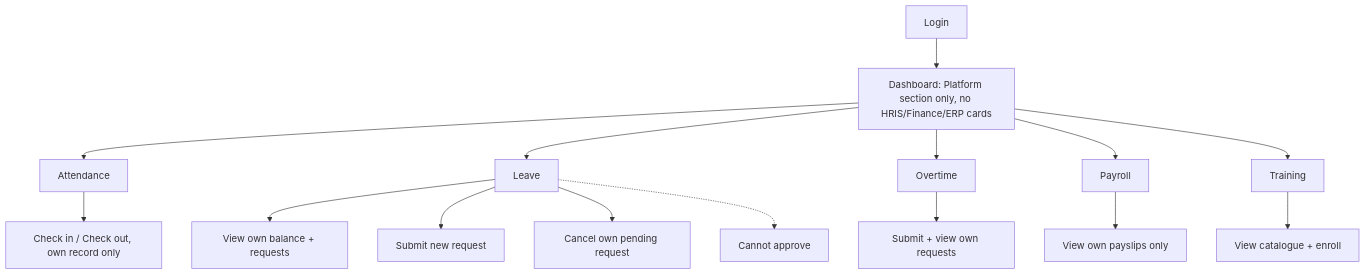
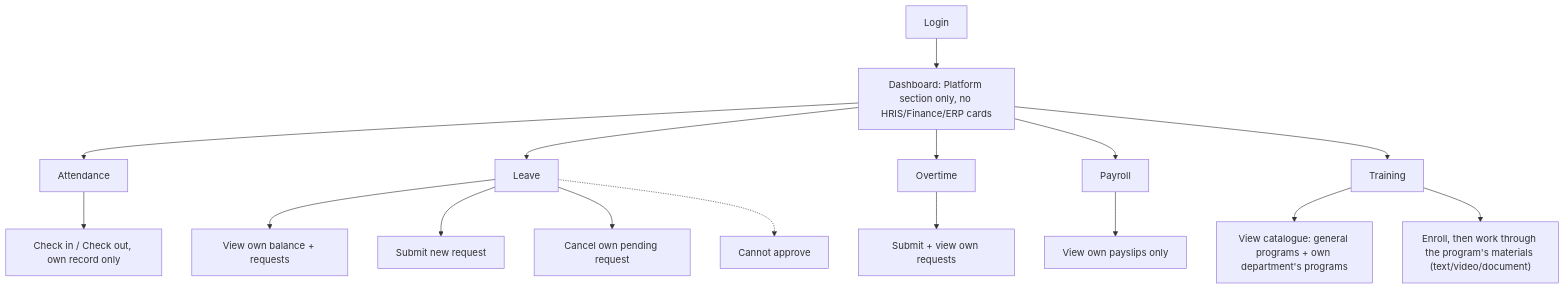
Before and after one commit to NanaBanana14/management-enterprise: the ninth of 9 diagrams in docs/roles-and-permissions.md, drawn with Mermaid. The commit also changed other lines of this file and 4 other files, not shown here.

````diff
--- a/docs/roles-and-permissions.md
+++ b/docs/roles-and-permissions.md
@@ -252,17 +279,18 @@
 ```mermaid
 flowchart TD
     A[Login] --> B[Dashboard: Platform section only, no HRIS/Finance/ERP cards]
     B --> C[Attendance]
     C --> C1[Check in / Check out, own record only]
     B --> D[Leave]
     D --> D1[View own balance + requests]
     D --> D2[Submit new request]
     D --> D3[Cancel own pending request]
     D -.-> D4[Cannot approve]
     B --> E[Overtime]
     E --> E1[Submit + view own requests]
     B --> F[Payroll]
     F --> F1[View own payslips only]
     B --> G[Training]
-    G --> G1[View catalogue + enroll]
+    G --> G1["View catalogue: general programs + own department's programs"]
+    G --> G2["Enroll, then work through the program's materials (text/video/document)"]
 ```
````
